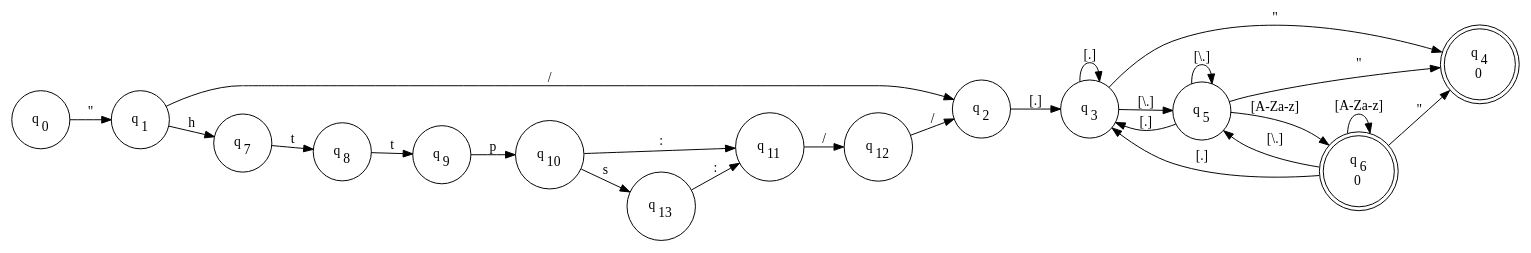
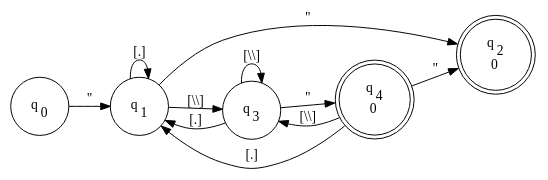
The diagram in ImgScraper/ImgUrl.dot (codewitch-honey-crisis/Reggie), drawn with Graphviz before and after one commit. The commit also changed 77 other files, not shown here.

```diff
--- a/ImgScraper/ImgUrl.dot
+++ b/ImgScraper/ImgUrl.dot
@@ -1,42 +1,20 @@
 digraph FFA {
 rankdir=LR
 node [shape=circle]
 q0->q1 [label="\""]
-q1->q2 [label="/"]
-q1->q7 [label="h"]
-q2->q3 [label="[.]"]
-q3->q3 [label="[.]"]
+q1->q1 [label="[.]"]
+q1->q2 [label="\""]
+q1->q3 [label="[\\\\]"]
+q3->q1 [label="[.]"]
 q3->q4 [label="\""]
-q3->q5 [label="[\\.]"]
-q5->q3 [label="[.]"]
-q5->q4 [label="\""]
-q5->q5 [label="[\\.]"]
-q5->q6 [label="[A-Za-z]"]
-q6->q3 [label="[.]"]
-q6->q4 [label="\""]
-q6->q5 [label="[\\.]"]
-q6->q6 [label="[A-Za-z]"]
-q7->q8 [label="t"]
-q8->q9 [label="t"]
-q9->q10 [label="p"]
-q10->q11 [label=":"]
-q10->q13 [label="s"]
-q11->q12 [label="/"]
-q12->q2 [label="/"]
-q13->q11 [label=":"]
+q3->q3 [label="[\\\\]"]
+q4->q1 [label="[.]"]
+q4->q2 [label="\""]
+q4->q3 [label="[\\\\]"]
 q0 [label=<<TABLE BORDER="0"><TR><TD>q<SUB>0</SUB></TD></TR></TABLE>>]
 q1 [label=<<TABLE BORDER="0"><TR><TD>q<SUB>1</SUB></TD></TR></TABLE>>]
-q2 [label=<<TABLE BORDER="0"><TR><TD>q<SUB>2</SUB></TD></TR></TABLE>>]
+q2 [label=<<TABLE BORDER="0"><TR><TD>q<SUB>2</SUB></TD></TR><TR><TD>0</TD></TR></TABLE>>,shape=doublecircle]
 q3 [label=<<TABLE BORDER="0"><TR><TD>q<SUB>3</SUB></TD></TR></TABLE>>]
 q4 [label=<<TABLE BORDER="0"><TR><TD>q<SUB>4</SUB></TD></TR><TR><TD>0</TD></TR></TABLE>>,shape=doublecircle]
-q5 [label=<<TABLE BORDER="0"><TR><TD>q<SUB>5</SUB></TD></TR></TABLE>>]
-q6 [label=<<TABLE BORDER="0"><TR><TD>q<SUB>6</SUB></TD></TR><TR><TD>0</TD></TR></TABLE>>,shape=doublecircle]
-q7 [label=<<TABLE BORDER="0"><TR><TD>q<SUB>7</SUB></TD></TR></TABLE>>]
-q8 [label=<<TABLE BORDER="0"><TR><TD>q<SUB>8</SUB></TD></TR></TABLE>>]
-q9 [label=<<TABLE BORDER="0"><TR><TD>q<SUB>9</SUB></TD></TR></TABLE>>]
-q10 [label=<<TABLE BORDER="0"><TR><TD>q<SUB>10</SUB></TD></TR></TABLE>>]
-q11 [label=<<TABLE BORDER="0"><TR><TD>q<SUB>11</SUB></TD></TR></TABLE>>]
-q12 [label=<<TABLE BORDER="0"><TR><TD>q<SUB>12</SUB></TD></TR></TABLE>>]
-q13 [label=<<TABLE BORDER="0"><TR><TD>q<SUB>13</SUB></TD></TR></TABLE>>]
-q4,q6,q4,q6 [shape=doublecircle]
+q2,q4,q2,q4 [shape=doublecircle]
 }
```
